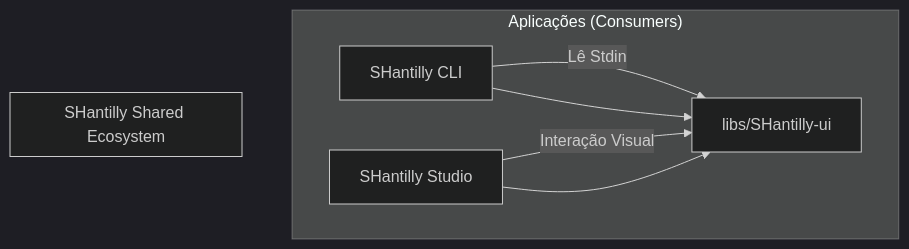
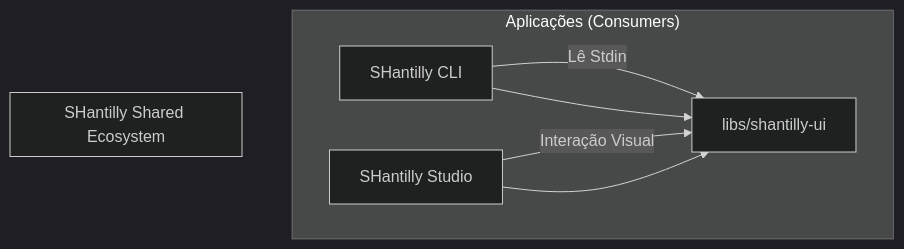
The diagram in docs/architecture/REFACTORING_STRATEGY.md (helton-godoy/shantilly), drawn with Mermaid (dark theme) before and after one commit. The commit also changed other lines of this file and 61 other files, not shown here.

````diff
--- a/docs/architecture/REFACTORING_STRATEGY.md
+++ b/docs/architecture/REFACTORING_STRATEGY.md
@@ -17,14 +17,14 @@
 ```mermaid
 graph TD
     subgraph "Aplicações (Consumers)"
         CLI[SHantilly CLI] -- Lê Stdin --> Lib
         Studio[SHantilly Studio] -- Interação Visual --> Lib
     end
 
     subgraph "SHantilly Shared Ecosystem"
-        Lib[libs/SHantilly-ui]
+        Lib[libs/shantilly-ui]
     end
 
     CLI --> Lib
     Studio --> Lib
 ```
````
